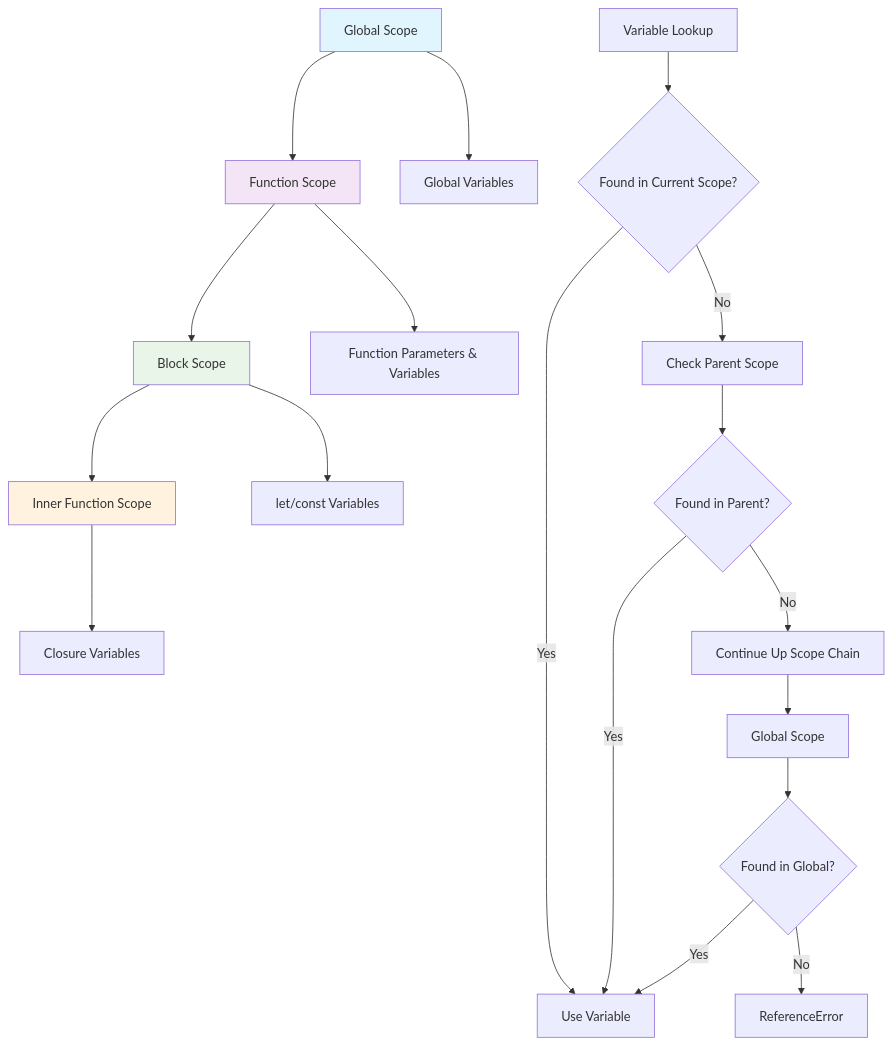
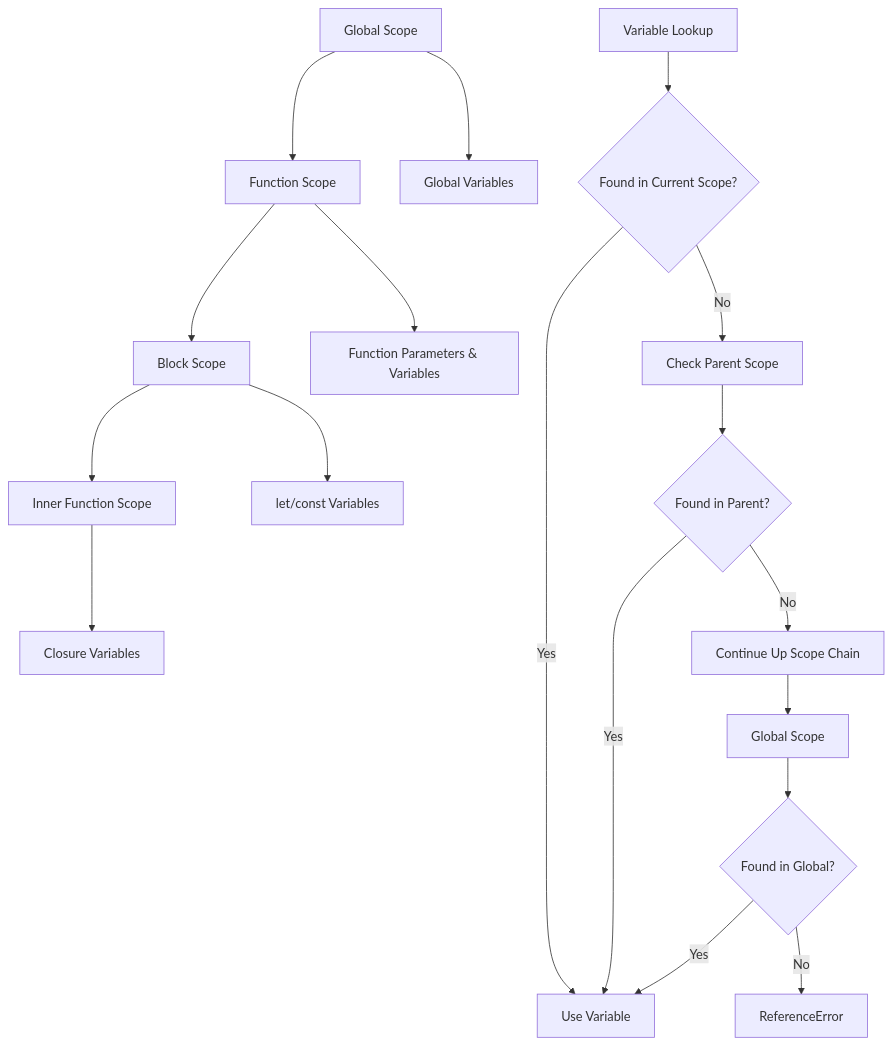
One commit to shapkarin/shapkarin.me changed the first of 2 diagrams in public/api/articles/javascript-lexical-scope.md. Above: the diagram before and after it, drawn with Mermaid. The commit also changed other lines of this file and 67 other files, not shown here.

````diff
--- a/public/api/articles/javascript-lexical-scope.md
+++ b/public/api/articles/javascript-lexical-scope.md
@@ -43,27 +46,22 @@
 ```mermaid
 graph TD
     A[Global Scope] --> B[Function Scope]
     B --> C[Block Scope]
     C --> D[Inner Function Scope]
     
     A --> E[Global Variables]
     B --> F[Function Parameters & Variables]
     C --> G[let/const Variables]
     D --> H[Closure Variables]
     
     I[Variable Lookup] --> J{Found in Current Scope?}
     J -->|Yes| K[Use Variable]
     J -->|No| L[Check Parent Scope]
     L --> M{Found in Parent?}
     M -->|Yes| K
     M -->|No| N[Continue Up Scope Chain]
     N --> O[Global Scope]
     O --> P{Found in Global?}
     P -->|Yes| K
     P -->|No| Q[ReferenceError]
-    
-    style A fill:#e1f5fe
-    style B fill:#f3e5f5
-    style C fill:#e8f5e8
-    style D fill:#fff3e0
 ```
````
